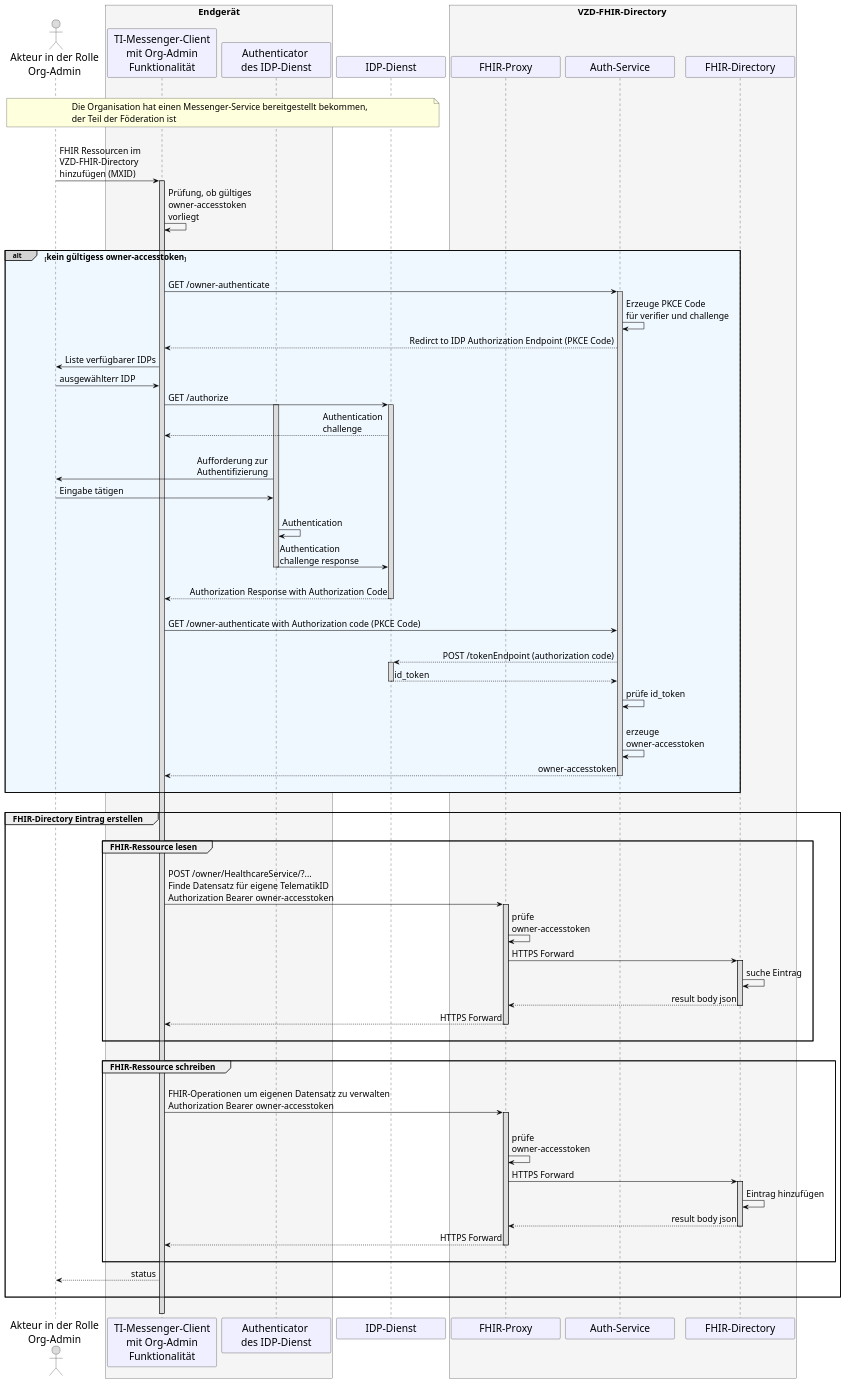
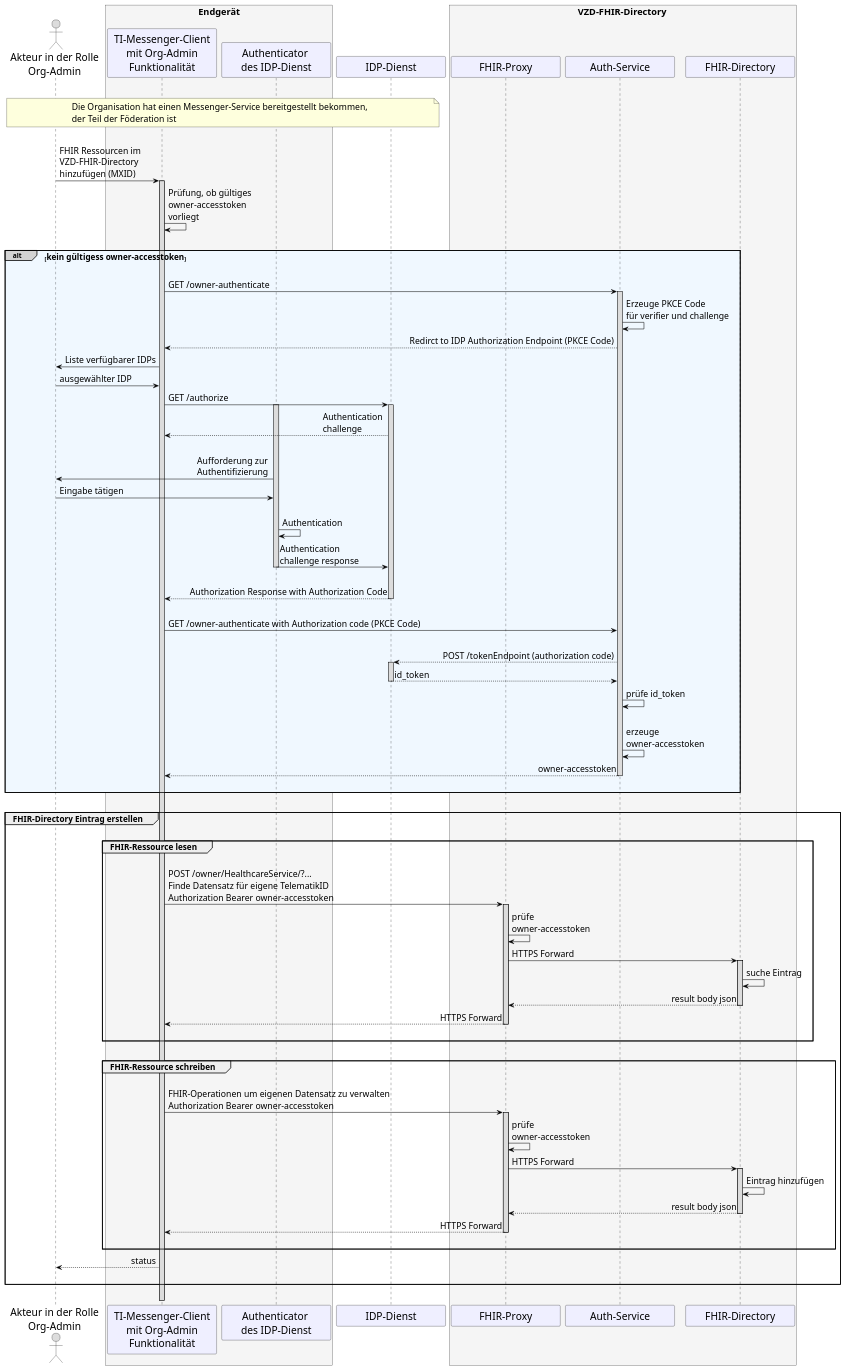
One commit to gematik/api-ti-messenger changed the diagram in src/plantuml/TI-Messenger-Dienst/Ressourcen/UC_10059_Seq.puml. Above: the diagram before and after it, drawn with PlantUML.

```diff
--- a/src/plantuml/TI-Messenger-Dienst/Ressourcen/UC_10059_Seq.puml
+++ b/src/plantuml/TI-Messenger-Dienst/Ressourcen/UC_10059_Seq.puml
@@ -9,132 +9,131 @@
 @startuml
 skinparam sequenceMessageAlign direction
 skinparam minClassWidth 200
 skinparam BoxPadding 1
 skinparam sequenceReferenceHeaderBackgroundColor palegreen
 scale max 2048 width
 
 skinparam sequence {
 ArrowColor black
 ArrowFontSize 17
 ActorBorderColor black
 LifeLineBorderColor black
 LifeLineBackgroundColor Gainsboro
 
 ParticipantBorderColor Motivation
 ParticipantBackgroundColor Motivation
 ParticipantFontName Impact
 ParticipantFontSize 20
 ParticipantFontColor black
 ParticipantBorderColor Black
 ParticipantBackgroundColor MOTIVATION
 
 ActorBackgroundColor Gainsboro
 ActorFontColor black
 ActorFontSize 20
 ActorFontName Aapex
 }
     actor U as "Akteur in der Rolle\nOrg-Admin"
     box <size:18>Endgerät</size>\n #WhiteSmoke 
     participant C as "TI-Messenger-Client\n mit Org-Admin \nFunktionalität"
     participant A as "Authenticator \ndes IDP-Dienst"
     end box
     participant I as "IDP-Dienst" 
     box <size:18>VZD-FHIR-Directory</size> #WhiteSmoke
       participant FP as "FHIR-Proxy"
       participant Auth as "Auth-Service"
       participant VZD as "FHIR-Directory"
     end box
 
 |||
 note over U, I: <size:17>Die Organisation hat einen Messenger-Service bereitgestellt bekommen, \n<size:17>der Teil der Föderation ist</size>
 |||
 
 U->C: FHIR Ressourcen im \nVZD-FHIR-Directory \nhinzufügen (MXID)
   Activate C
 C->C: Prüfung, ob gültiges \nowner-accesstoken \nvorliegt
 
 |||
 alt#LightGrey #AliceBlue <size:16>kein gültigess owner-accesstoken</size>
 |||
 
   C->Auth: GET /owner-authenticate
     Activate Auth
   Auth->Auth: Erzeuge PKCE Code \nfür verifier und challenge
   Auth-->C: Redirct to IDP Authorization Endpoint (PKCE Code)
 
   C->U: Liste verfügbarer IDPs
-  U->C: ausgewählterr IDP
+  U->C: ausgewählter IDP
     
   C->I: GET /authorize
     Activate A
     Activate I
   I-->C: Authentication \nchallenge
   |||
   A->U: Aufforderung zur \nAuthentifizierung
   U->A: Eingabe tätigen
   |||
   A->A: Authentication
   A->I: Authentication \nchallenge response
     Deactivate A
   |||
   I-->C: Authorization Response with Authorization Code
     Deactivate I
       
   |||    
   C->Auth: GET /owner-authenticate with Authorization code (PKCE Code)
   |||
   Auth-->I: POST /tokenEndpoint (authorization code)
     Activate I
   I-->Auth: id_token
     Deactivate I
   Auth->Auth: prüfe id_token
   |||
   Auth->Auth: erzeuge \nowner-accesstoken
   Auth-->C: owner-accesstoken
   ||| 
     
     Deactivate Auth
 end
       
 |||
 
 group <size:16>FHIR-Directory Eintrag erstellen</size>
   |||
   group <size:16>FHIR-Ressource lesen</size>
   |||
   C->FP: POST /owner/HealthcareService/?... \nFinde Datensatz für eigene TelematikID \nAuthorization Bearer owner-accesstoken
     Activate FP
   FP->FP: prüfe \nowner-accesstoken
   FP->VZD: HTTPS Forward
     Activate VZD
   VZD->VZD: suche Eintrag
   VZD-->FP: result body json
     Deactivate VZD
   FP-->C: HTTPS Forward
     Deactivate FP
   |||
   end
 
   |||
   group <size:16>FHIR-Ressource schreiben</size>
   |||
   C->FP: FHIR-Operationen um eigenen Datensatz zu verwalten \nAuthorization Bearer owner-accesstoken
-  |||
     Activate FP
   FP->FP: prüfe \nowner-accesstoken
   FP->VZD: HTTPS Forward
     Activate VZD
   VZD->VZD: Eintrag hinzufügen
   VZD-->FP: result body json
     Deactivate VZD
   FP-->C: HTTPS Forward
      Deactivate FP
   |||
   end
   C-->U: status    
   |||
 end
 |||
 
   Deactivate C
 @enduml
```
